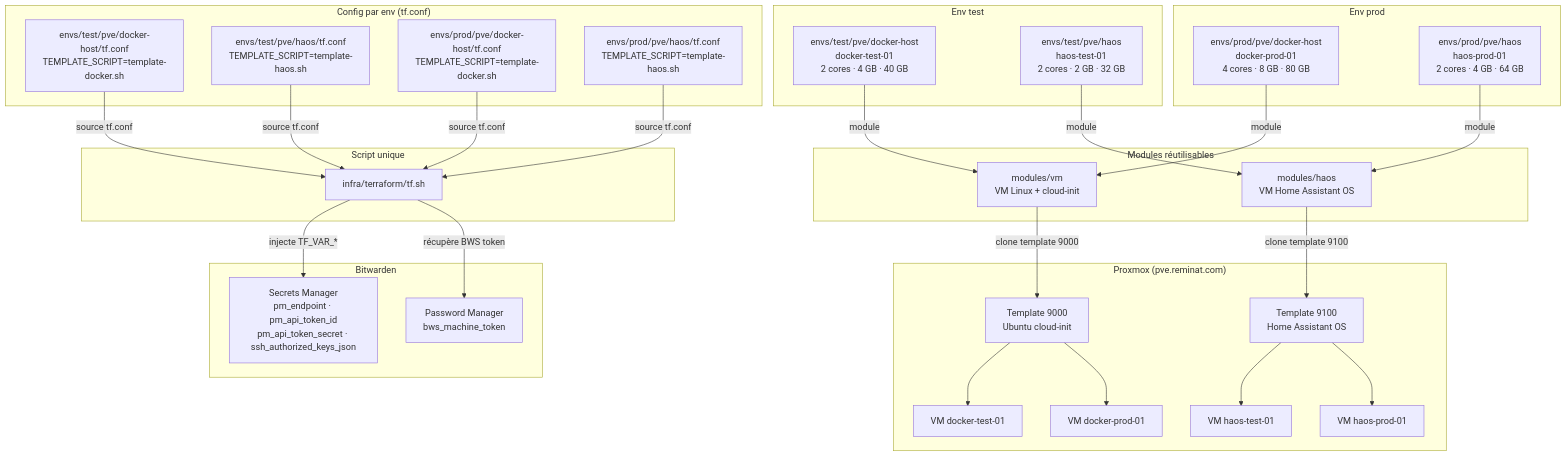
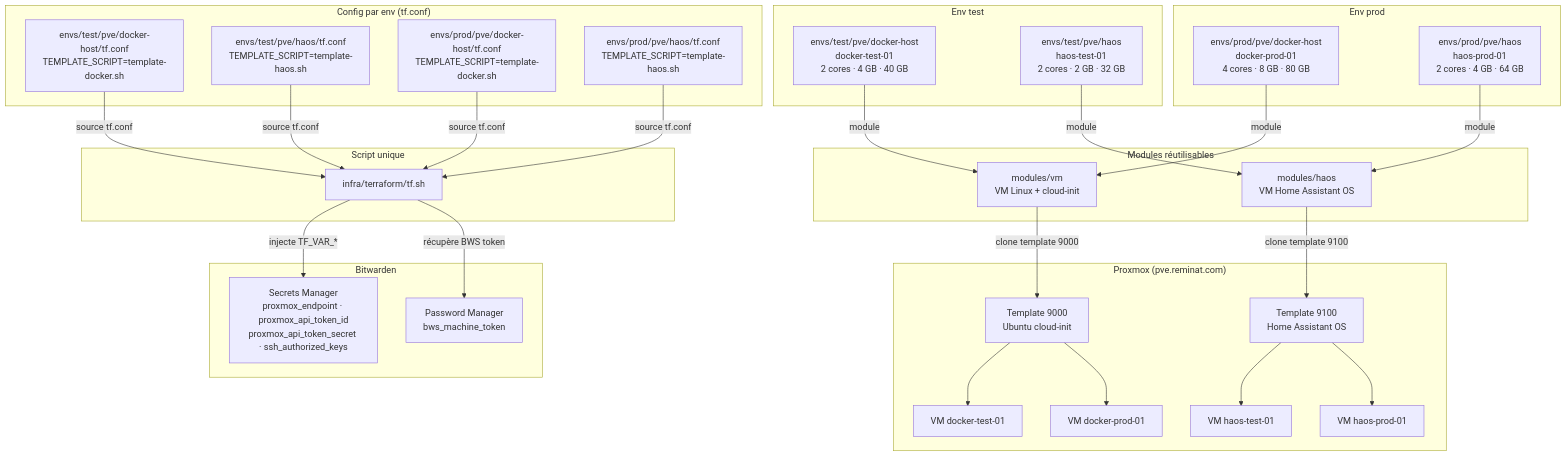
One commit to reminat/remidom changed the diagram in infra/terraform/HOW-TO.md. Above: the diagram before and after it, drawn with Mermaid. The commit also changed other lines of this file and 19 other files, not shown here.

````diff
--- a/infra/terraform/HOW-TO.md
+++ b/infra/terraform/HOW-TO.md
@@ -9,52 +9,52 @@
 ```mermaid
 graph TD
     subgraph Script["Script unique"]
         TF["infra/terraform/tf.sh"]
     end
 
     subgraph Conf["Config par env (tf.conf)"]
         C1["envs/test/pve/docker-host/tf.conf<br/>TEMPLATE_SCRIPT=template-docker.sh"]
         C2["envs/test/pve/haos/tf.conf<br/>TEMPLATE_SCRIPT=template-haos.sh"]
         C3["envs/prod/pve/docker-host/tf.conf<br/>TEMPLATE_SCRIPT=template-docker.sh"]
         C4["envs/prod/pve/haos/tf.conf<br/>TEMPLATE_SCRIPT=template-haos.sh"]
     end
 
     subgraph Modules["Modules réutilisables"]
         MV["modules/vm<br/>VM Linux + cloud-init"]
         MH["modules/haos<br/>VM Home Assistant OS"]
     end
 
     subgraph EnvTest["Env test"]
         ET1["envs/test/pve/docker-host<br/>docker-test-01<br/>2 cores · 4 GB · 40 GB"]
         ET2["envs/test/pve/haos<br/>haos-test-01<br/>2 cores · 2 GB · 32 GB"]
     end
 
     subgraph EnvProd["Env prod"]
         EP1["envs/prod/pve/docker-host<br/>docker-prod-01<br/>4 cores · 8 GB · 80 GB"]
         EP2["envs/prod/pve/haos<br/>haos-prod-01<br/>2 cores · 4 GB · 64 GB"]
     end
 
     subgraph Proxmox["Proxmox (pve.reminat.com)"]
         TPL1["Template 9000<br/>Ubuntu cloud-init"]
         TPL2["Template 9100<br/>Home Assistant OS"]
         VM1["VM docker-test-01"]
         VM2["VM haos-test-01"]
         VM3["VM docker-prod-01"]
         VM4["VM haos-prod-01"]
     end
 
     subgraph Secrets["Bitwarden"]
         BW["Password Manager<br/>bws_machine_token"]
-        BWS["Secrets Manager<br/>pm_endpoint · pm_api_token_id<br/>pm_api_token_secret · ssh_authorized_keys_json"]
+        BWS["Secrets Manager<br/>proxmox_endpoint · proxmox_api_token_id<br/>proxmox_api_token_secret · ssh_authorized_keys"]
     end
 
     C1 & C2 & C3 & C4 -->|"source tf.conf"| TF
     TF -->|"injecte TF_VAR_*"| BWS
     TF -->|"récupère BWS token"| BW
     ET1 & EP1 -->|"module"| MV
     ET2 & EP2 -->|"module"| MH
     MV -->|"clone template 9000"| TPL1
     MH -->|"clone template 9100"| TPL2
     TPL1 --> VM1 & VM3
     TPL2 --> VM2 & VM4
 ```
````
